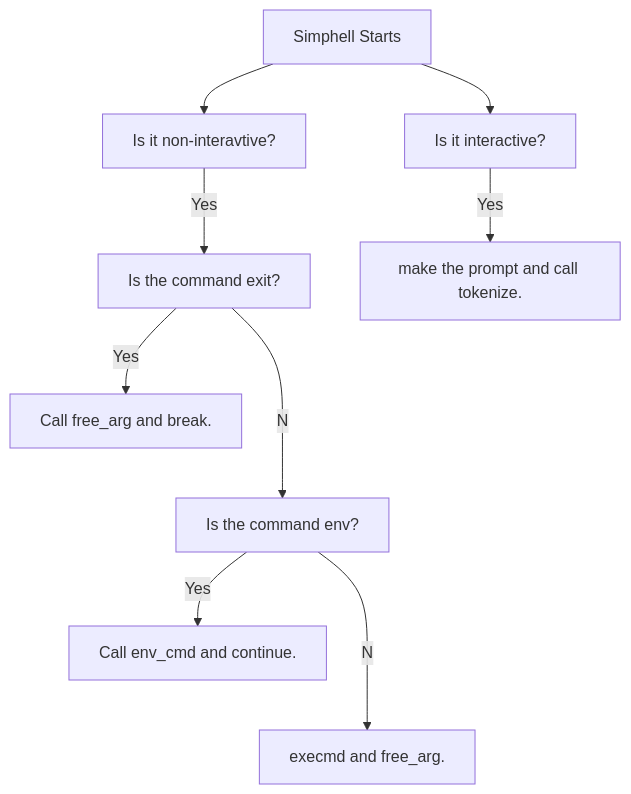
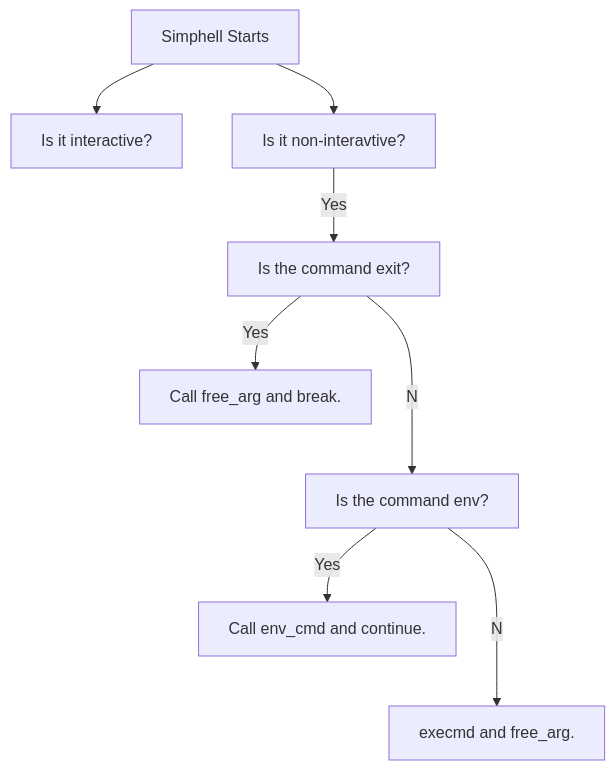
Before and after one commit to LeeWest89/MySuperRepo: the diagram in README.md, drawn with Mermaid.

````diff
--- a/README.md
+++ b/README.md
@@ -2,11 +2,11 @@
 ```mermaid
 flowchart TD;
   A[Simphell Starts]-->B[Is it interactive?];
   A-->C[Is it non-interavtive?];
   C--Yes-->D[Is the command exit?];
   D--Yes-->E[Call free_arg and break.];
   D--No-->F[Is the command env?];
   F--Yes-->G[Call env_cmd and continue.];
   F--No-->H[execmd and free_arg.];
-  B--Yes-->I[make the prompt and call tokenize.];
+
 ```
````
